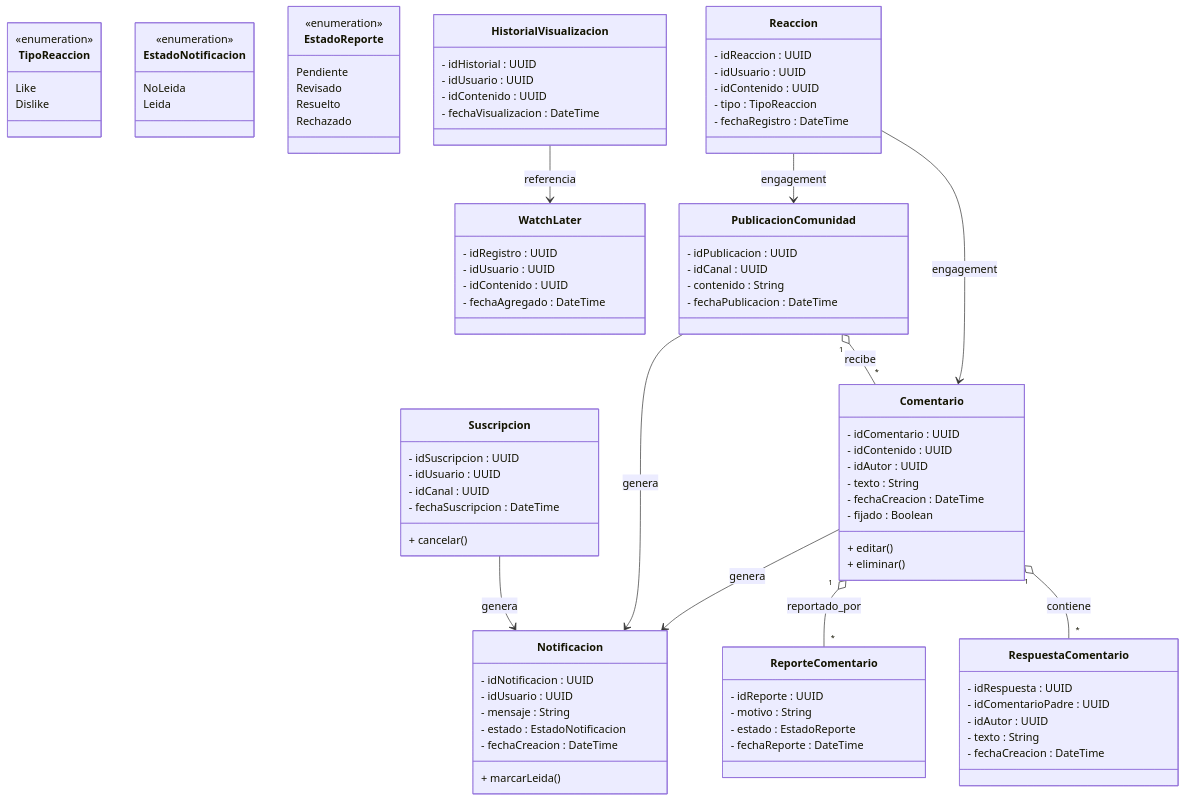
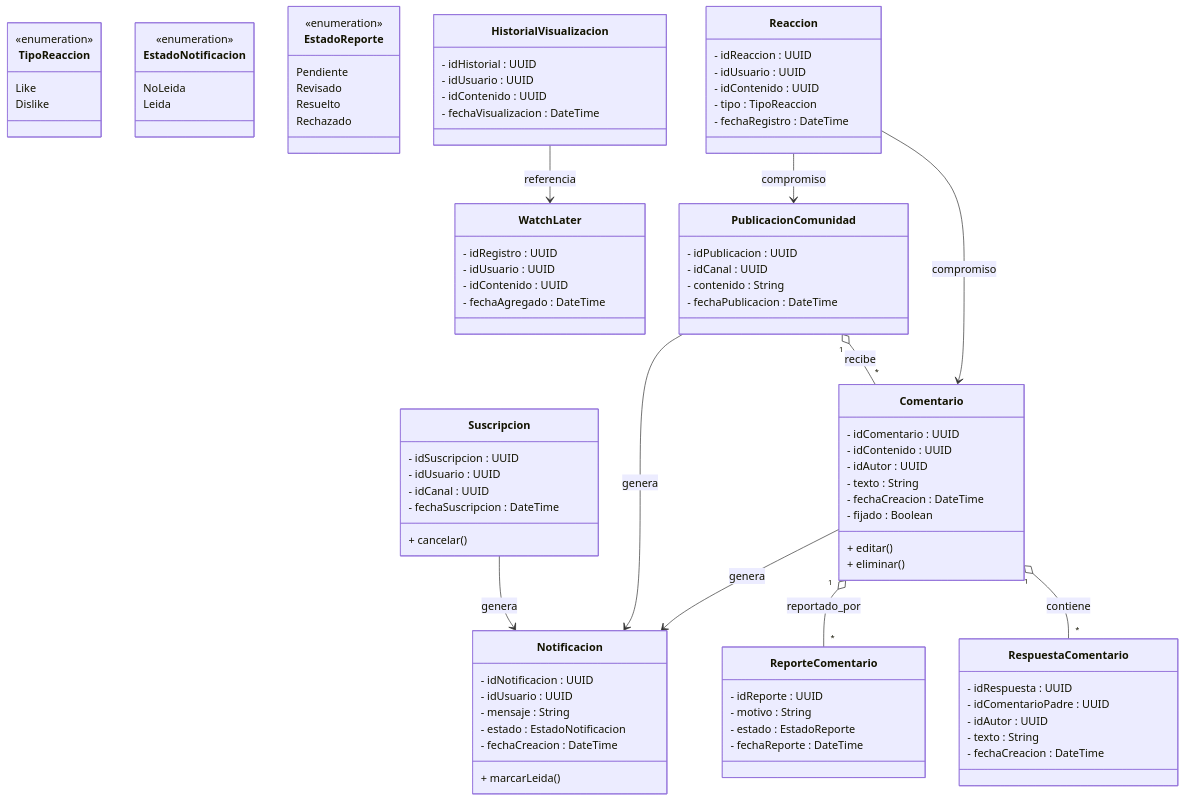
One commit to Wheaor/OpenAPI---Youtube changed the first of 2 diagrams in bounded-contexts-4-audiencia/README.md. Above: the diagram before and after it, drawn with Mermaid.

```diff
--- a/bounded-contexts-4-audiencia/README.md
+++ b/bounded-contexts-4-audiencia/README.md
@@ -136,9 +136,9 @@
 
     Suscripcion --> Notificacion : genera
 
-    Reaccion --> Comentario : engagement
+    Reaccion --> Comentario : compromiso
 
-    Reaccion --> PublicacionComunidad : engagement
+    Reaccion --> PublicacionComunidad : compromiso
 
     HistorialVisualizacion --> WatchLater : referencia
 
```
